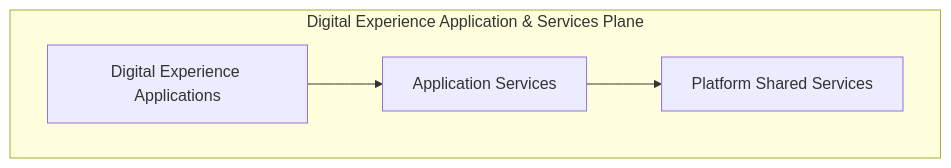
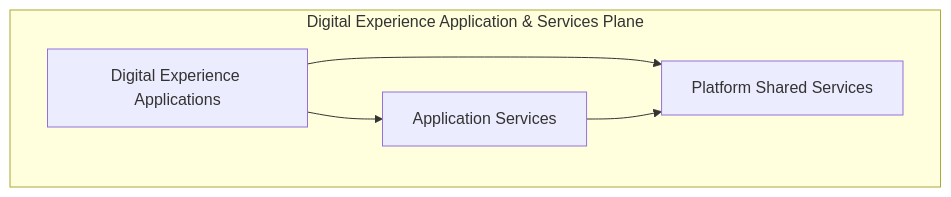
Before and after one commit to kennethteo/custom-build-platform: the third of 5 diagrams in docs/architecture/overview.md, drawn with Mermaid. The commit also changed other lines of this file, not shown here.

Commit message:
feat: Refactor architecture overview by simplifying visual representations and enhancing descriptions of the Control Plane, Developer Plane, and Digital Experience Application layers

````diff
--- a/docs/architecture/overview.md
+++ b/docs/architecture/overview.md
@@ -101,15 +88,16 @@
 ```mermaid
 flowchart TD
     DXA[Digital Experience Applications]
     AS[Application Services]
     PS[Platform Shared Services]
 
     subgraph Digital Experience Application & Services Plane
         DXA
         AS
         PS
     end
 
     DXA --> AS
+    DXA --> PS
     AS --> PS
 ```
````
